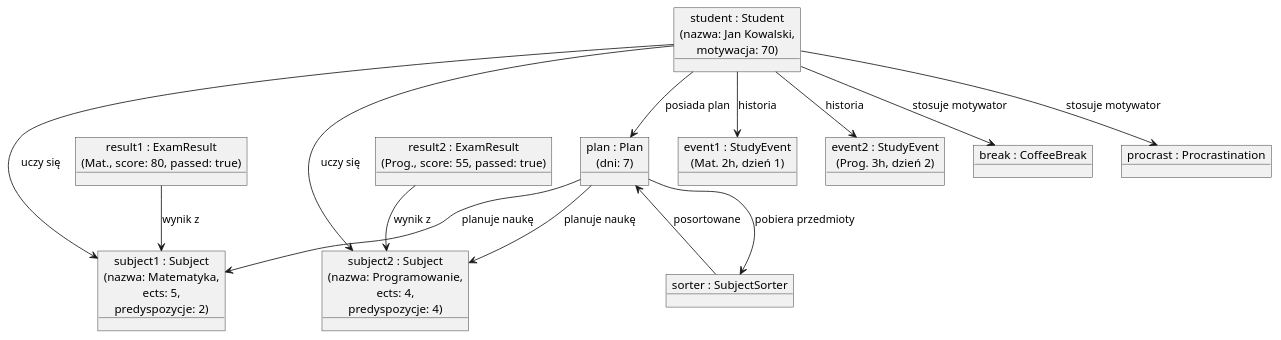
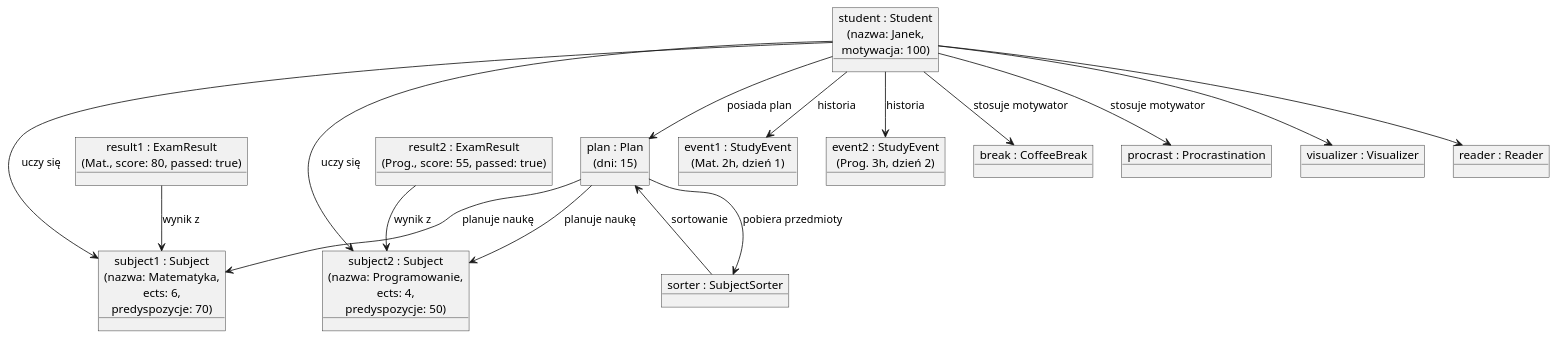
One commit to Krzyzak321/Symulator_Sesji changed the diagram in uml/aha.puml. Above: the diagram before and after it, drawn with PlantUML. The commit also changed 4 other files, not shown here.

Commit message:
zmienione diagramy

```diff
--- a/uml/aha.puml
+++ b/uml/aha.puml
@@ -1,30 +1,32 @@
 @startuml
-' ==== Obiekty ====
-object "student : Student\n(nazwa: Jan Kowalski,\nmotywacja: 70)" as student
-object "plan : Plan\n(dni: 7)" as plan
-object "subject1 : Subject\n(nazwa: Matematyka,\nects: 5,\npredyspozycje: 2)" as math
-object "subject2 : Subject\n(nazwa: Programowanie,\nects: 4,\npredyspozycje: 4)" as prog
+object "student : Student\n(nazwa: Janek,\nmotywacja: 100)" as student
+object "plan : Plan\n(dni: 15)" as plan
+object "subject1 : Subject\n(nazwa: Matematyka,\nects: 6,\npredyspozycje: 70)" as math
+object "subject2 : Subject\n(nazwa: Programowanie,\nects: 4,\npredyspozycje: 50)" as prog
 object "sorter : SubjectSorter" as sorter
 object "event1 : StudyEvent\n(Mat. 2h, dzień 1)" as event1
 object "event2 : StudyEvent\n(Prog. 3h, dzień 2)" as event2
 object "break : CoffeeBreak" as break
 object "procrast : Procrastination" as procrast
 object "result1 : ExamResult\n(Mat., score: 80, passed: true)" as result1
 object "result2 : ExamResult\n(Prog., score: 55, passed: true)" as result2
+object "visualizer : Visualizer" as visualizer
+object "reader : Reader" as reader
 
-' ==== Relacje (czytelne opisy) ====
 student --> plan : posiada plan
 student --> math : uczy się
 student --> prog : uczy się
 student --> event1 : historia
 student --> event2 : historia
 student --> break : stosuje motywator
 student --> procrast : stosuje motywator
+student --> visualizer
+student --> reader
 plan --> math : planuje naukę
 plan --> prog : planuje naukę
-sorter --> plan : posortowane
+sorter --> plan : sortowanie
 plan --> sorter : pobiera przedmioty
 result1 --> math : wynik z
 result2 --> prog : wynik z
 
 @enduml
```
